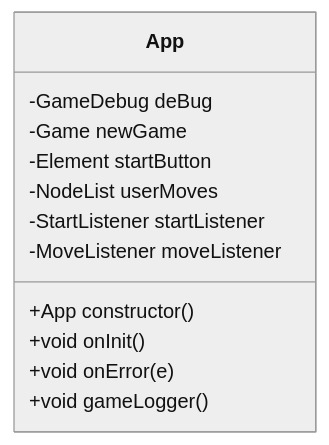
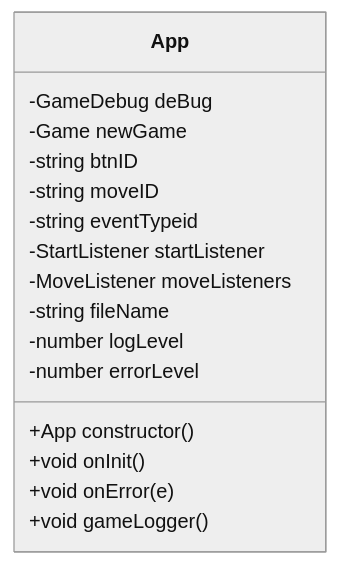
Before and after one commit to Code-Institute-Submissions/terni-lapilli--toe: the diagram in _documentation/architecture/app.md, drawn with Mermaid (neutral theme). The commit also changed other lines of this file and 4 other files, not shown here.

````diff
--- a/_documentation/architecture/app.md
+++ b/_documentation/architecture/app.md
@@ -31,15 +29,19 @@
 ```mermaid
 classDiagram
     class App{
         -GameDebug deBug
         -Game newGame
-        -Element startButton
-        -NodeList userMoves
+        -string btnID
+        -string moveID
+        -string eventTypeid
         -StartListener startListener
-        -MoveListener moveListener
+        -MoveListener moveListeners
+        -string fileName
+        -number logLevel
+        -number errorLevel
         +App constructor()
         +void onInit()
         +void onError(e)
         +void gameLogger()
     }
 ```
````
